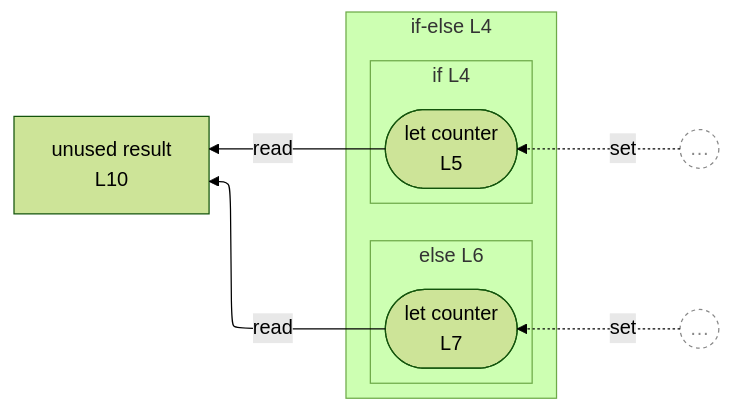
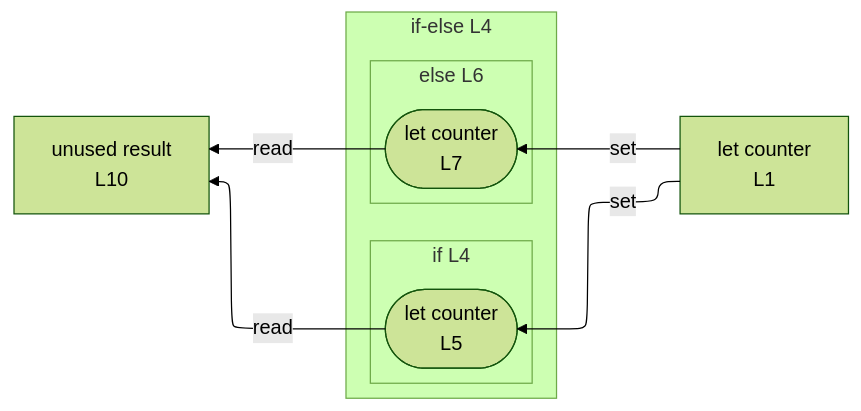
One commit to crescware/unsnarl changed the diagram in integration/fixtures/control-if/preview.pruned-r10-c1.md. Above: the diagram before and after it, drawn with Mermaid (forest theme). The commit also changed 21 other files, not shown here.

First line of the commit message:
feat(prune): expand line/range queries through references; survive large graphs

````diff
--- a/integration/fixtures/control-if/preview.pruned-r10-c1.md
+++ b/integration/fixtures/control-if/preview.pruned-r10-c1.md
@@ -26,26 +26,22 @@
 ```mermaid
 %%{init: {"flowchart": {"defaultRenderer": "elk"}}}%%
 flowchart RL
-  %% pruning: roots=[10(1)] ancestors=1 descendants=1
+  %% pruning roots 10=2 ancestors=1 descendants=1
+  n_scope_0_counter_4["let counter<br/>L1"]
   n_scope_0_result_97["unused result<br/>L10"]
   subgraph cont_if_scope_0_37["if-else L4"]
     direction RL
     subgraph s_scope_1["if L4"]
       direction RL
       wr_ref_1(["let counter<br/>L5"])
     end
     subgraph s_scope_2["else L6"]
       direction RL
       wr_ref_2(["let counter<br/>L7"])
     end
   end
+  n_scope_0_counter_4 -->|set| wr_ref_1
+  n_scope_0_counter_4 -->|set| wr_ref_2
   wr_ref_1 -->|read| n_scope_0_result_97
   wr_ref_2 -->|read| n_scope_0_result_97
-  boundary_stub_1((…))
-  boundary_stub_1 -.->|set| wr_ref_1
-  boundary_stub_2((…))
-  boundary_stub_2 -.->|set| wr_ref_2
-  classDef boundaryStub fill:transparent,stroke:#888,stroke-dasharray:3 3,color:#888;
-  class boundary_stub_1 boundaryStub;
-  class boundary_stub_2 boundaryStub;
 ```
````
